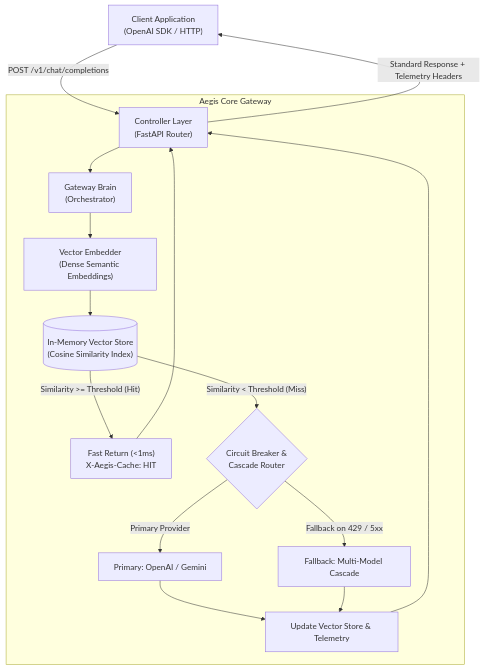
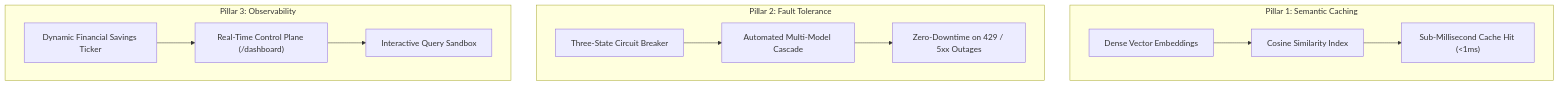
One commit to TechTonicShift/aegis changed the diagram in docs/index.md. Above: the diagram before and after it, drawn with Mermaid. The commit also changed other lines of this file and 17 other files, not shown here.

Commit message:
docs: expand holistic documentation hub covering architecture, math, k8s, and roi

````diff
--- a/docs/index.md
+++ b/docs/index.md
@@ -24,25 +59,17 @@
 ```mermaid
 flowchart TD
-    Client["Client Application\n(OpenAI SDK / HTTP)"] -->|POST /v1/chat/completions| Controller["Controller Layer\n(FastAPI Router)"]
-
-    subgraph Aegis Engine ["Aegis Core Gateway"]
-        Controller --> Brain["Gateway Brain\n(Orchestrator)"]
-        
-        Brain --> Embedder["Vector Embedder\n(Dense Semantic Embeddings)"]
-        Embedder --> VectorStore[("In-Memory Vector Store\n(Cosine Similarity Index)")]
-        
-        VectorStore -- "Similarity >= Threshold (Hit)" --> CacheReturn["Fast Return (<1ms)\nX-Aegis-Cache: HIT"]
-        CacheReturn --> Controller
-        
-        VectorStore -- "Similarity < Threshold (Miss)" --> CircuitBreaker{"Circuit Breaker &\nCascade Router"}
-        
-        CircuitBreaker -->|Primary Provider| P1["Primary: OpenAI / Gemini"]
-        CircuitBreaker -->|Fallback on 429 / 5xx| P2["Fallback: Multi-Model Cascade"]
-        
-        P1 --> CachePopulate["Update Vector Store & Telemetry"]
-        P2 --> CachePopulate
-        CachePopulate --> Controller
+    subgraph P1 ["Pillar 1: Semantic Caching"]
+        E["Dense Vector Embeddings"] --> C["Cosine Similarity Index"]
+        C --> H["Sub-Millisecond Cache Hit (<1ms)"]
     end
 
-    Controller -->|Standard Response + Telemetry Headers| Client
+    subgraph P2 ["Pillar 2: Fault Tolerance"]
+        CB["Three-State Circuit Breaker"] --> F["Automated Multi-Model Cascade"]
+        F --> Z["Zero-Downtime on 429 / 5xx Outages"]
+    end
+
+    subgraph P3 ["Pillar 3: Observability"]
+        T["Dynamic Financial Savings Ticker"] --> W["Real-Time Control Plane (/dashboard)"]
+        W --> S["Interactive Query Sandbox"]
+    end
 ```
````
